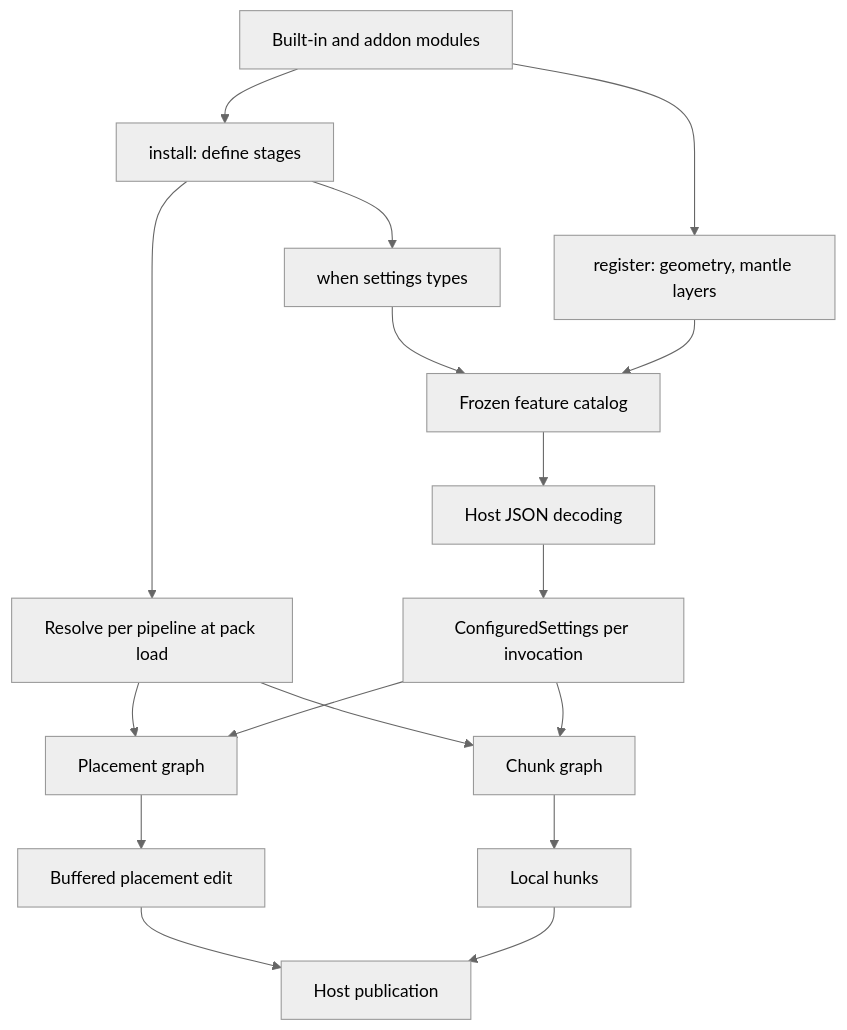
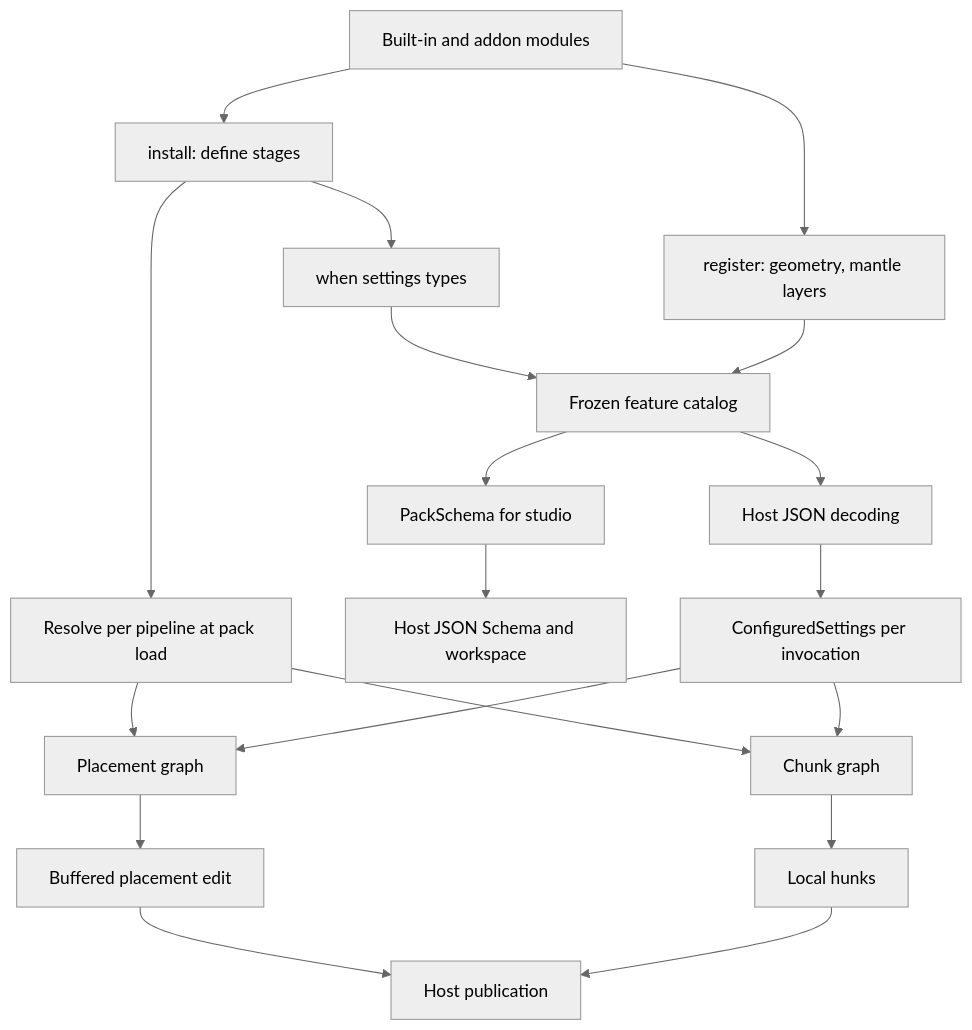
Before and after one commit to VolmitSoftware/Iris: the diagram in DESIGN.md, drawn with Mermaid (neutral theme). The commit also changed other lines of this file and 2 other files, not shown here.

Commit message:
Document how modules describe settings for studio and what the host renders

````diff
--- a/DESIGN.md
+++ b/DESIGN.md
@@ -15,19 +16,21 @@
 ```mermaid
 flowchart TD
     Modules[Built-in and addon modules] --> Install[install: define stages]
     Modules --> Register[register: geometry, mantle layers]
     Install --> Resolve[Resolve per pipeline at pack load]
     Install --> Settings[when settings types]
     Settings --> Catalog[Frozen feature catalog]
     Register --> Catalog
     Resolve --> Placement[Placement graph]
     Resolve --> Chunk[Chunk graph]
+    Catalog --> Schema[PackSchema for studio]
+    Schema --> Render[Host JSON Schema and workspace]
     Catalog --> Decode[Host JSON decoding]
     Decode --> Configured[ConfiguredSettings per invocation]
     Configured --> Placement
     Configured --> Chunk
     Placement --> Edit[Buffered placement edit]
     Chunk --> Hunk[Local hunks]
     Edit --> Publish[Host publication]
     Hunk --> Publish
 ```
````
